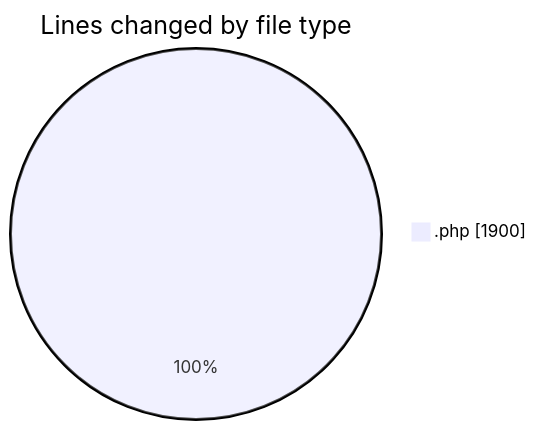
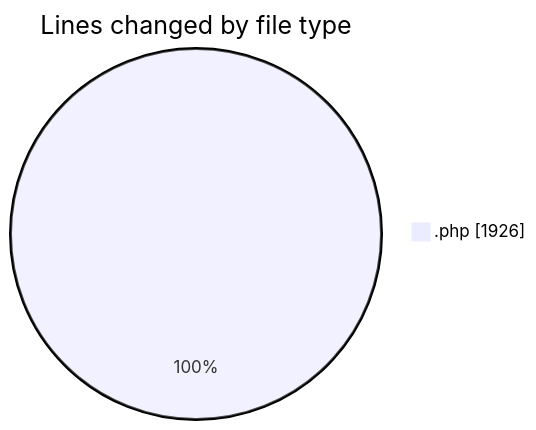
The first of 2 diagrams in 2025-10-07/untitled__workspace_/README.md (debugP/code-tracking), drawn with Mermaid before and after one commit. The commit also changed other lines of this file and 1 other file, not shown here.

````diff
--- a/2025-10-07/untitled__workspace_/README.md
+++ b/2025-10-07/untitled__workspace_/README.md
@@ -21,5 +21,5 @@
 ```mermaid
 pie showData
 title Lines changed by file type
-".php" : 1900
+".php" : 1926
 ```
````
